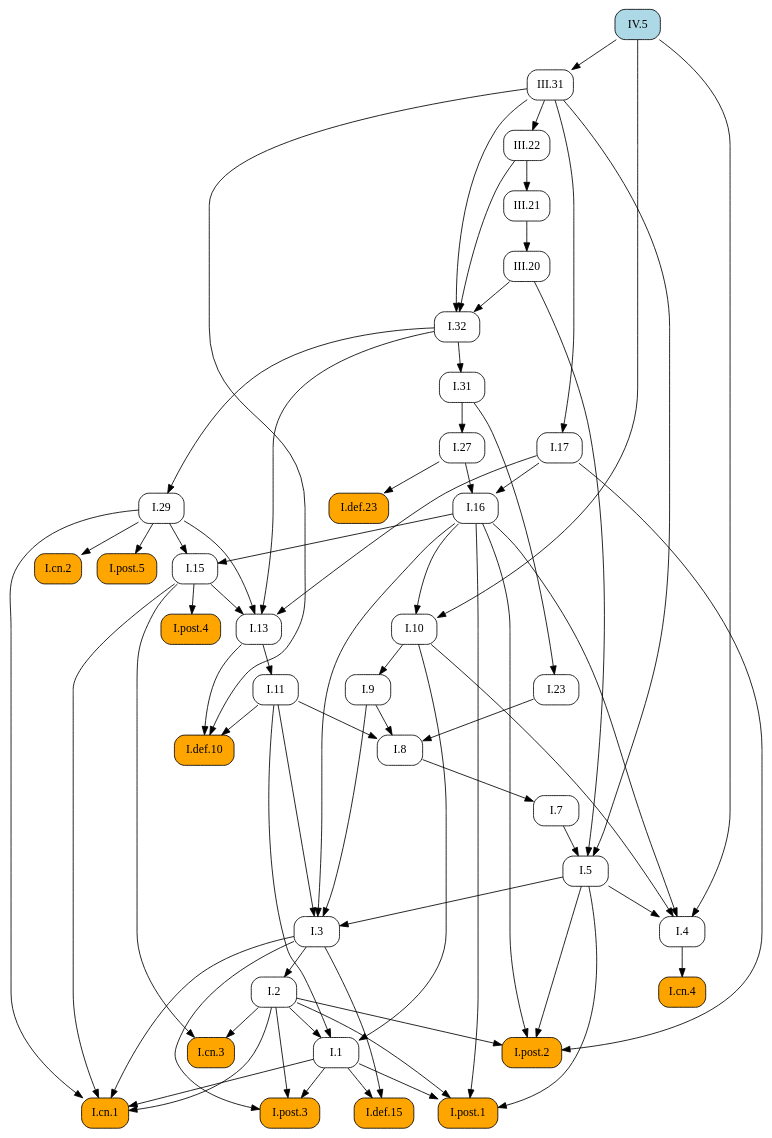
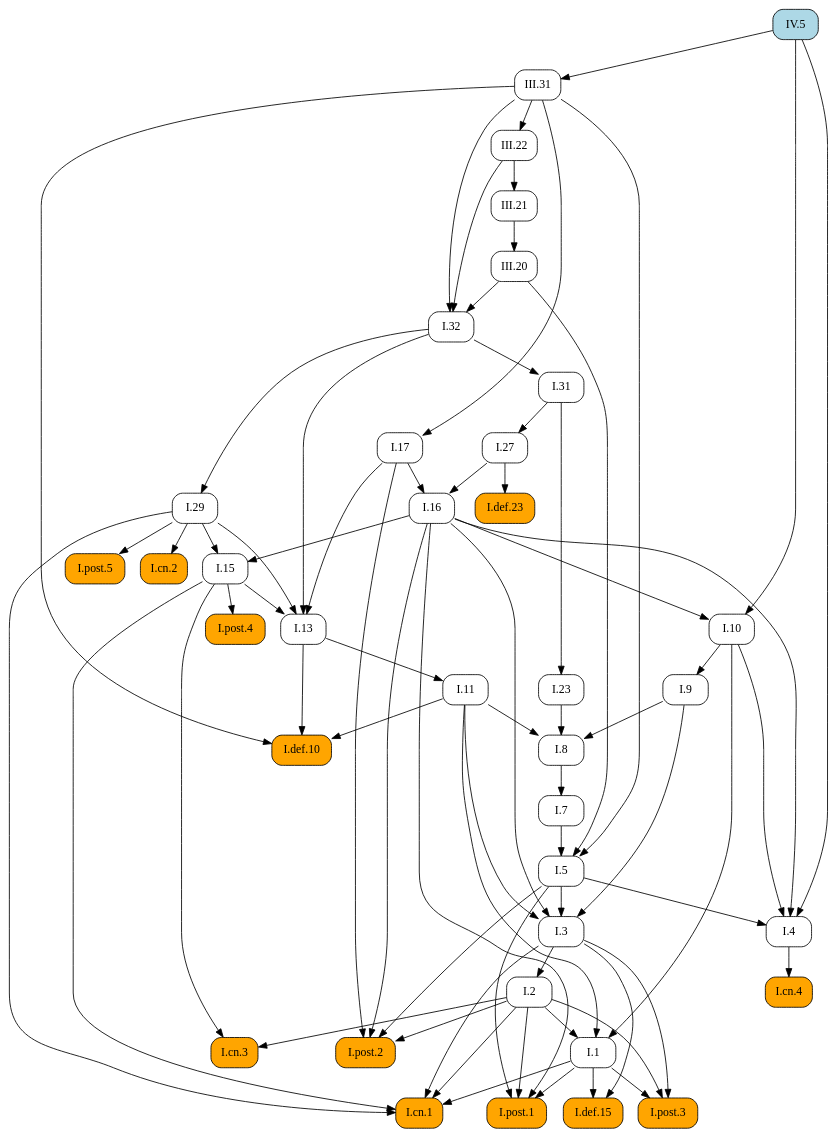
The diagram in docsrc/heath/IV/5/index.rst (geometor/elements), drawn with Graphviz before and after one commit. The commit also changed other lines of this file and 1029 other files, not shown here.

```diff
--- a/docsrc/heath/IV/5/index.rst
+++ b/docsrc/heath/IV/5/index.rst
@@ -75,111 +75,111 @@
    digraph {
      rankdir="TB";
      node [shape=box, style=rounded];
+     "I.def.10" [style="rounded,filled", fillcolor=orange, URL="/heath/I/def.10/", target="_top"];
+     "I.11" [URL="/heath/I/11/", target="_top"];
+     "I.post.4" [style="rounded,filled", fillcolor=orange, URL="/heath/I/post.4/", target="_top"];
+     "I.1" [URL="/heath/I/1/", target="_top"];
+     "I.29" [URL="/heath/I/29/", target="_top"];
+     "III.20" [URL="/heath/III/20/", target="_top"];
+     "I.cn.2" [style="rounded,filled", fillcolor=orange, URL="/heath/I/cn.2/", target="_top"];
+     "III.31" [URL="/heath/III/31/", target="_top"];
+     "I.def.15" [style="rounded,filled", fillcolor=orange, URL="/heath/I/def.15/", target="_top"];
+     "I.post.3" [style="rounded,filled", fillcolor=orange, URL="/heath/I/post.3/", target="_top"];
+     "I.cn.1" [style="rounded,filled", fillcolor=orange, URL="/heath/I/cn.1/", target="_top"];
+     "I.cn.3" [style="rounded,filled", fillcolor=orange, URL="/heath/I/cn.3/", target="_top"];
+     "I.23" [URL="/heath/I/23/", target="_top"];
+     "I.post.1" [style="rounded,filled", fillcolor=orange, URL="/heath/I/post.1/", target="_top"];
+     "I.27" [URL="/heath/I/27/", target="_top"];
+     "I.7" [URL="/heath/I/7/", target="_top"];
+     "I.3" [URL="/heath/I/3/", target="_top"];
+     "I.2" [URL="/heath/I/2/", target="_top"];
+     "I.4" [URL="/heath/I/4/", target="_top"];
+     "I.def.23" [style="rounded,filled", fillcolor=orange, URL="/heath/I/def.23/", target="_top"];
+     "I.13" [URL="/heath/I/13/", target="_top"];
+     "I.17" [URL="/heath/I/17/", target="_top"];
+     "I.post.2" [style="rounded,filled", fillcolor=orange, URL="/heath/I/post.2/", target="_top"];
+     "I.31" [URL="/heath/I/31/", target="_top"];
+     "I.16" [URL="/heath/I/16/", target="_top"];
+     "I.9" [URL="/heath/I/9/", target="_top"];
      "IV.5" [style="rounded,filled", fillcolor=lightblue, URL="/heath/IV/5/", target="_top"];
-     "I.cn.3" [style="rounded,filled", fillcolor=orange, URL="/heath/I/cn.3/", target="_top"];
+     "I.32" [URL="/heath/I/32/", target="_top"];
+     "I.8" [URL="/heath/I/8/", target="_top"];
+     "I.cn.4" [style="rounded,filled", fillcolor=orange, URL="/heath/I/cn.4/", target="_top"];
+     "I.15" [URL="/heath/I/15/", target="_top"];
+     "III.21" [URL="/heath/III/21/", target="_top"];
      "III.22" [URL="/heath/III/22/", target="_top"];
-     "I.29" [URL="/heath/I/29/", target="_top"];
-     "I.7" [URL="/heath/I/7/", target="_top"];
-     "I.27" [URL="/heath/I/27/", target="_top"];
-     "I.def.23" [style="rounded,filled", fillcolor=orange, URL="/heath/I/def.23/", target="_top"];
-     "I.8" [URL="/heath/I/8/", target="_top"];
-     "I.9" [URL="/heath/I/9/", target="_top"];
-     "III.20" [URL="/heath/III/20/", target="_top"];
-     "I.post.4" [style="rounded,filled", fillcolor=orange, URL="/heath/I/post.4/", target="_top"];
-     "I.2" [URL="/heath/I/2/", target="_top"];
-     "I.def.15" [style="rounded,filled", fillcolor=orange, URL="/heath/I/def.15/", target="_top"];
-     "I.1" [URL="/heath/I/1/", target="_top"];
-     "I.post.1" [style="rounded,filled", fillcolor=orange, URL="/heath/I/post.1/", target="_top"];
-     "I.cn.4" [style="rounded,filled", fillcolor=orange, URL="/heath/I/cn.4/", target="_top"];
-     "III.31" [URL="/heath/III/31/", target="_top"];
-     "I.13" [URL="/heath/I/13/", target="_top"];
-     "I.23" [URL="/heath/I/23/", target="_top"];
-     "I.cn.2" [style="rounded,filled", fillcolor=orange, URL="/heath/I/cn.2/", target="_top"];
+     "I.post.5" [style="rounded,filled", fillcolor=orange, URL="/heath/I/post.5/", target="_top"];
+     "I.10" [URL="/heath/I/10/", target="_top"];
      "I.5" [URL="/heath/I/5/", target="_top"];
-     "III.21" [URL="/heath/III/21/", target="_top"];
-     "I.11" [URL="/heath/I/11/", target="_top"];
-     "I.10" [URL="/heath/I/10/", target="_top"];
-     "I.4" [URL="/heath/I/4/", target="_top"];
-     "I.3" [URL="/heath/I/3/", target="_top"];
-     "I.16" [URL="/heath/I/16/", target="_top"];
-     "I.31" [URL="/heath/I/31/", target="_top"];
-     "I.def.10" [style="rounded,filled", fillcolor=orange, URL="/heath/I/def.10/", target="_top"];
-     "I.post.2" [style="rounded,filled", fillcolor=orange, URL="/heath/I/post.2/", target="_top"];
-     "I.post.3" [style="rounded,filled", fillcolor=orange, URL="/heath/I/post.3/", target="_top"];
-     "I.post.5" [style="rounded,filled", fillcolor=orange, URL="/heath/I/post.5/", target="_top"];
-     "I.15" [URL="/heath/I/15/", target="_top"];
-     "I.17" [URL="/heath/I/17/", target="_top"];
-     "I.cn.1" [style="rounded,filled", fillcolor=orange, URL="/heath/I/cn.1/", target="_top"];
-     "I.32" [URL="/heath/I/32/", target="_top"];
-     "I.2" -> "I.cn.3";
-     "I.15" -> "I.cn.3";
-     "III.31" -> "III.22";
-     "I.32" -> "I.29";
-     "I.8" -> "I.7";
-     "I.31" -> "I.27";
-     "I.27" -> "I.def.23";
-     "I.9" -> "I.8";
-     "I.11" -> "I.8";
-     "I.23" -> "I.8";
-     "I.10" -> "I.9";
-     "III.21" -> "III.20";
+     "I.11" -> "I.def.10";
+     "I.13" -> "I.def.10";
+     "III.31" -> "I.def.10";
+     "I.13" -> "I.11";
      "I.15" -> "I.post.4";
-     "I.3" -> "I.2";
-     "I.1" -> "I.def.15";
-     "I.3" -> "I.def.15";
      "I.2" -> "I.1";
      "I.10" -> "I.1";
      "I.11" -> "I.1";
-     "I.1" -> "I.post.1";
-     "I.2" -> "I.post.1";
-     "I.5" -> "I.post.1";
-     "I.16" -> "I.post.1";
-     "I.4" -> "I.cn.4";
+     "I.32" -> "I.29";
+     "III.21" -> "III.20";
+     "I.29" -> "I.cn.2";
      "IV.5" -> "III.31";
-     "I.15" -> "I.13";
-     "I.17" -> "I.13";
-     "I.29" -> "I.13";
-     "I.32" -> "I.13";
-     "I.31" -> "I.23";
-     "I.29" -> "I.cn.2";
-     "I.7" -> "I.5";
-     "III.20" -> "I.5";
-     "III.31" -> "I.5";
-     "III.22" -> "III.21";
-     "I.13" -> "I.11";
-     "I.16" -> "I.10";
-     "IV.5" -> "I.10";
-     "I.5" -> "I.4";
-     "I.10" -> "I.4";
-     "I.16" -> "I.4";
-     "IV.5" -> "I.4";
-     "I.5" -> "I.3";
-     "I.9" -> "I.3";
-     "I.11" -> "I.3";
-     "I.16" -> "I.3";
-     "I.17" -> "I.16";
-     "I.27" -> "I.16";
-     "I.32" -> "I.31";
-     "I.11" -> "I.def.10";
-     "I.13" -> "I.def.10";
-     "III.31" -> "I.def.10";
-     "I.2" -> "I.post.2";
-     "I.5" -> "I.post.2";
-     "I.16" -> "I.post.2";
-     "I.17" -> "I.post.2";
+     "I.1" -> "I.def.15";
+     "I.3" -> "I.def.15";
      "I.1" -> "I.post.3";
      "I.2" -> "I.post.3";
      "I.3" -> "I.post.3";
-     "I.29" -> "I.post.5";
-     "I.16" -> "I.15";
-     "I.29" -> "I.15";
-     "III.31" -> "I.17";
      "I.1" -> "I.cn.1";
      "I.2" -> "I.cn.1";
      "I.3" -> "I.cn.1";
      "I.15" -> "I.cn.1";
      "I.29" -> "I.cn.1";
+     "I.2" -> "I.cn.3";
+     "I.15" -> "I.cn.3";
+     "I.31" -> "I.23";
+     "I.1" -> "I.post.1";
+     "I.2" -> "I.post.1";
+     "I.5" -> "I.post.1";
+     "I.16" -> "I.post.1";
+     "I.31" -> "I.27";
+     "I.8" -> "I.7";
+     "I.5" -> "I.3";
+     "I.9" -> "I.3";
+     "I.11" -> "I.3";
+     "I.16" -> "I.3";
+     "I.3" -> "I.2";
+     "I.5" -> "I.4";
+     "I.10" -> "I.4";
+     "I.16" -> "I.4";
+     "IV.5" -> "I.4";
+     "I.27" -> "I.def.23";
+     "I.15" -> "I.13";
+     "I.17" -> "I.13";
+     "I.29" -> "I.13";
+     "I.32" -> "I.13";
+     "III.31" -> "I.17";
+     "I.2" -> "I.post.2";
+     "I.5" -> "I.post.2";
+     "I.16" -> "I.post.2";
+     "I.17" -> "I.post.2";
+     "I.32" -> "I.31";
+     "I.17" -> "I.16";
+     "I.27" -> "I.16";
+     "I.10" -> "I.9";
      "III.20" -> "I.32";
      "III.22" -> "I.32";
      "III.31" -> "I.32";
+     "I.9" -> "I.8";
+     "I.11" -> "I.8";
+     "I.23" -> "I.8";
+     "I.4" -> "I.cn.4";
+     "I.16" -> "I.15";
+     "I.29" -> "I.15";
+     "III.22" -> "III.21";
+     "III.31" -> "III.22";
+     "I.29" -> "I.post.5";
+     "I.16" -> "I.10";
+     "IV.5" -> "I.10";
+     "I.7" -> "I.5";
+     "III.20" -> "I.5";
+     "III.31" -> "I.5";
    }
```
